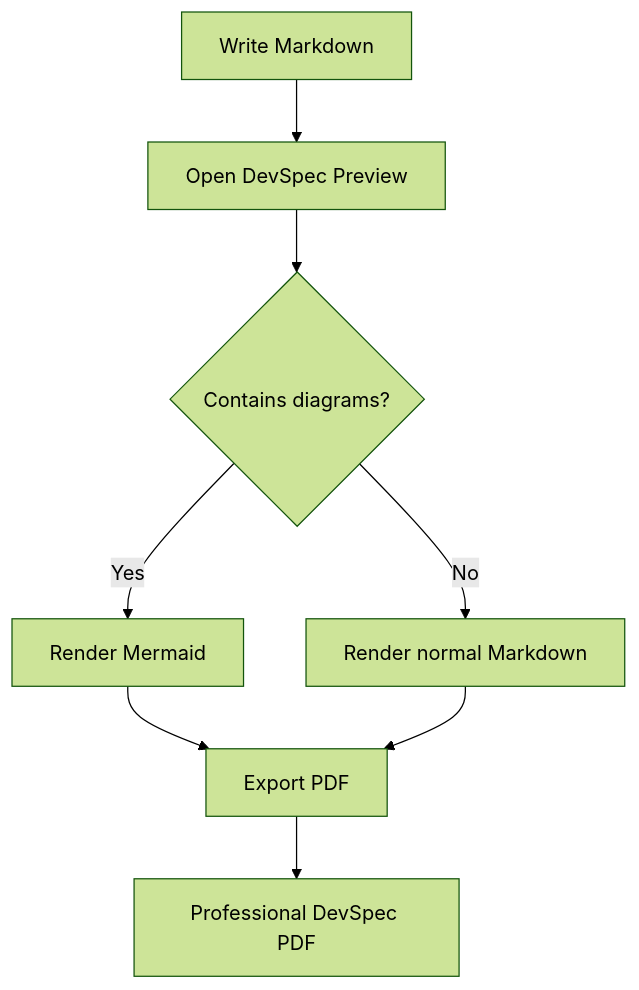
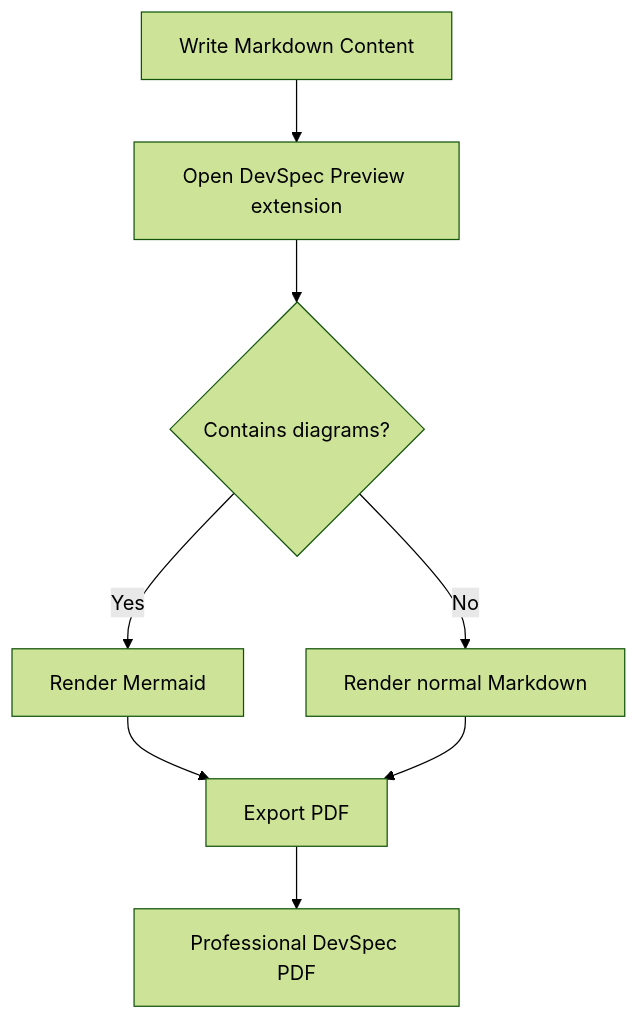
One commit to dghuuloc/devspec-markdown changed the fourth of 8 diagrams in docs/templates/bulk-api-devspec-embedded.md. Above: the diagram before and after it, drawn with Mermaid (forest theme). The commit also changed other lines of this file and 6 other files, not shown here.

````diff
--- a/docs/templates/bulk-api-devspec-embedded.md
+++ b/docs/templates/bulk-api-devspec-embedded.md
@@ -539,10 +539,10 @@
 ```mermaid
 flowchart TD
-    A[Write Markdown] --> B[Open DevSpec Preview]
+    A[Write Markdown Content] --> B[Open DevSpec Preview extension]
     B --> C{Contains diagrams?}
     C -->|Yes| D[Render Mermaid]
     C -->|No| E[Render normal Markdown]
     D --> F[Export PDF]
     E --> F[Export PDF]
     F --> G[Professional DevSpec PDF]
 ```
````
